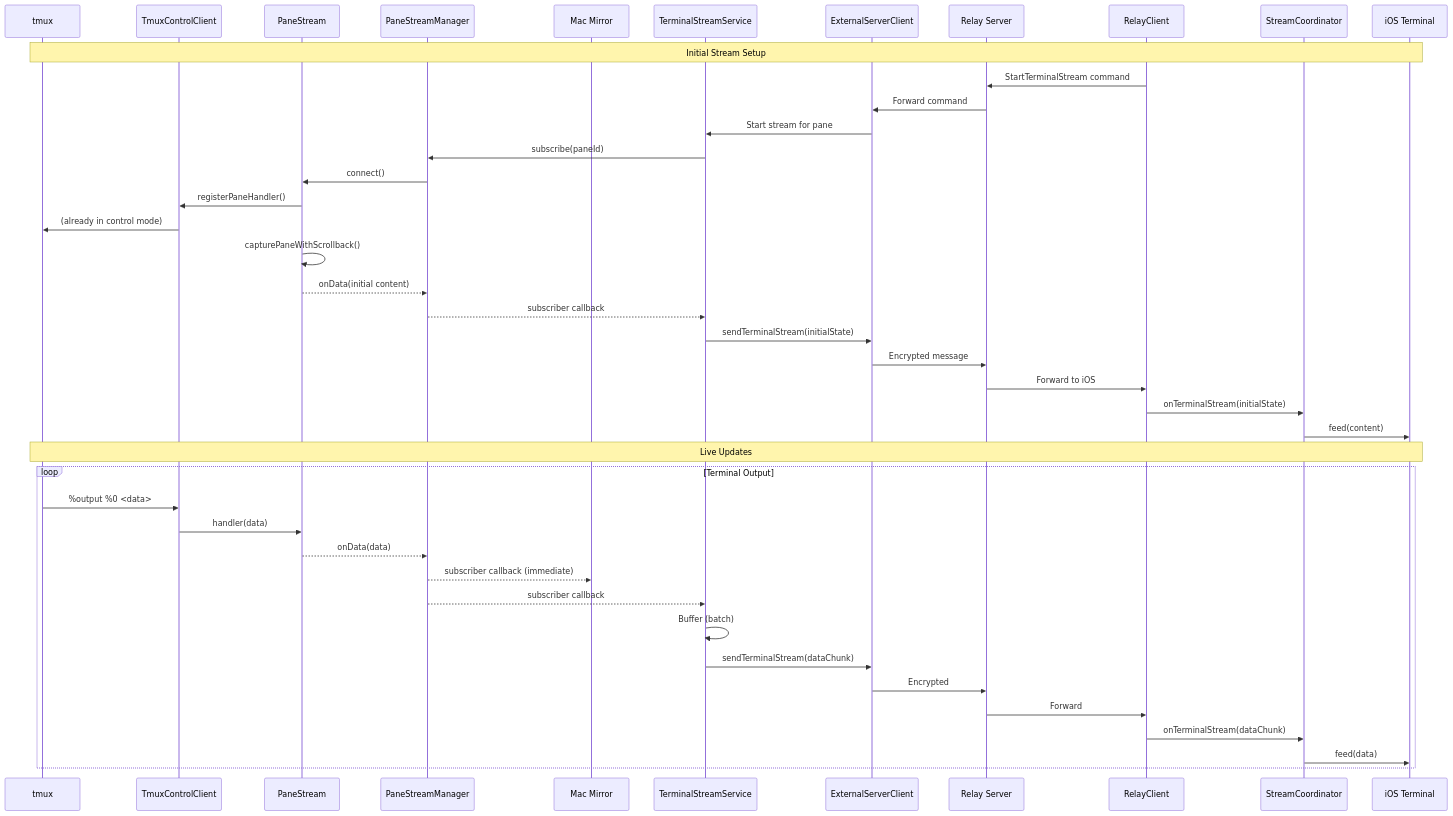
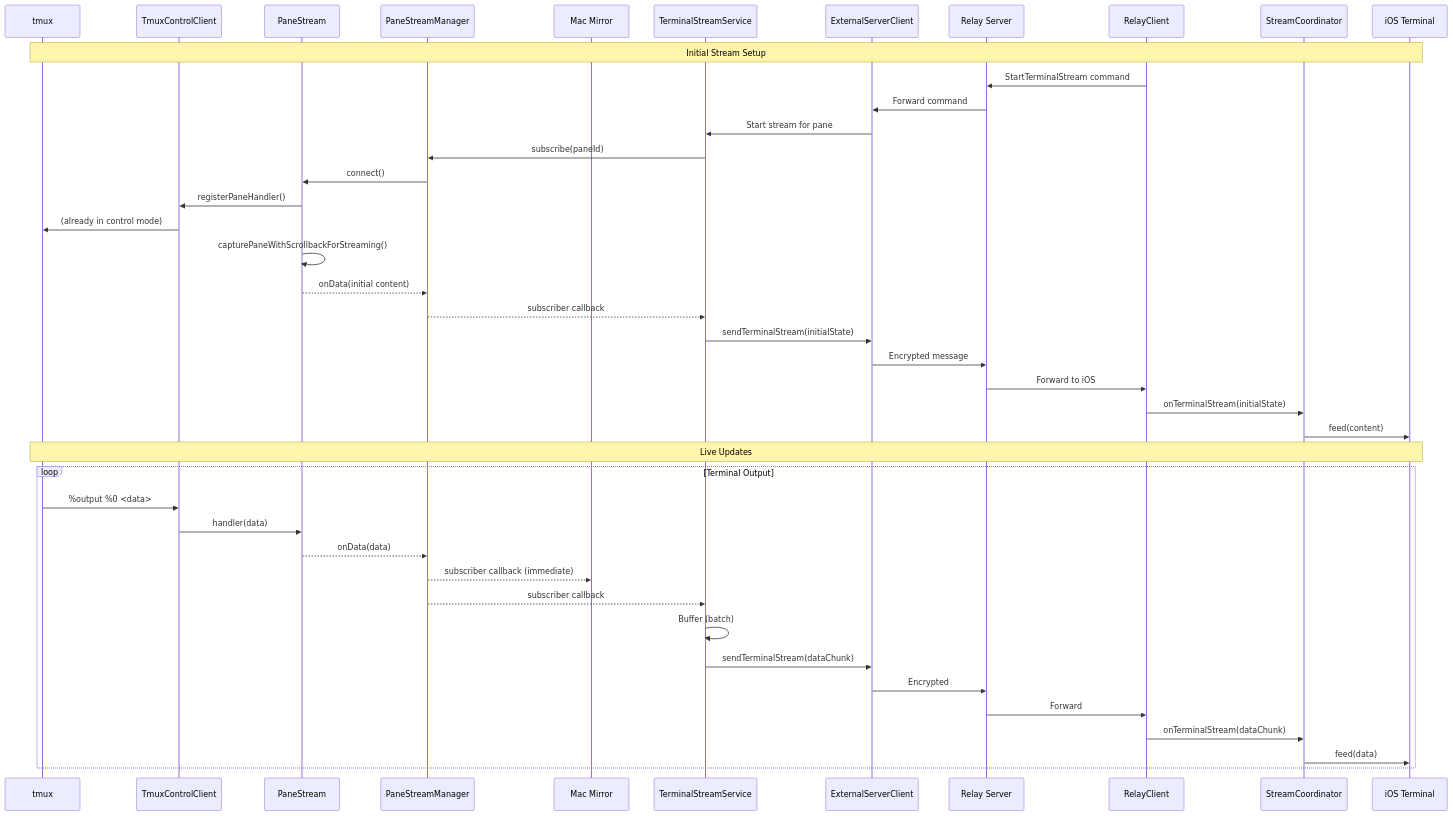
Diagram 12 of 12 in docs/streaming-architecture.md (gpambrozio/Gallager), drawn with Mermaid before and after one commit. The commit also changed 13 other files, not shown here.

````diff
--- a/docs/streaming-architecture.md
+++ b/docs/streaming-architecture.md
@@ -269,48 +269,48 @@
 ```mermaid
 sequenceDiagram
     participant TMUX as tmux
     participant TCC as TmuxControlClient
     participant PS as PaneStream
     participant PSM as PaneStreamManager
     participant MV as Mac Mirror
     participant TSS as TerminalStreamService
     participant ESC as ExternalServerClient
     participant SRV as Relay Server
     participant RC as RelayClient
     participant SC as StreamCoordinator
     participant IV as iOS Terminal
 
     Note over TMUX,IV: Initial Stream Setup
 
     RC->>SRV: StartTerminalStream command
     SRV->>ESC: Forward command
     ESC->>TSS: Start stream for pane
     TSS->>PSM: subscribe(paneId)
     PSM->>PS: connect()
     PS->>TCC: registerPaneHandler()
     TCC->>TMUX: (already in control mode)
-    PS->>PS: capturePaneWithScrollback()
+    PS->>PS: capturePaneWithScrollbackForStreaming()
     PS-->>PSM: onData(initial content)
     PSM-->>TSS: subscriber callback
     TSS->>ESC: sendTerminalStream(initialState)
     ESC->>SRV: Encrypted message
     SRV->>RC: Forward to iOS
     RC->>SC: onTerminalStream(initialState)
     SC->>IV: feed(content)
 
     Note over TMUX,IV: Live Updates
 
     loop Terminal Output
         TMUX->>TCC: %output %0 <data>
         TCC->>PS: handler(data)
         PS-->>PSM: onData(data)
         PSM-->>MV: subscriber callback (immediate)
         PSM-->>TSS: subscriber callback
         TSS->>TSS: Buffer (batch)
         TSS->>ESC: sendTerminalStream(dataChunk)
         ESC->>SRV: Encrypted
         SRV->>RC: Forward
         RC->>SC: onTerminalStream(dataChunk)
         SC->>IV: feed(data)
     end
 ```
````
